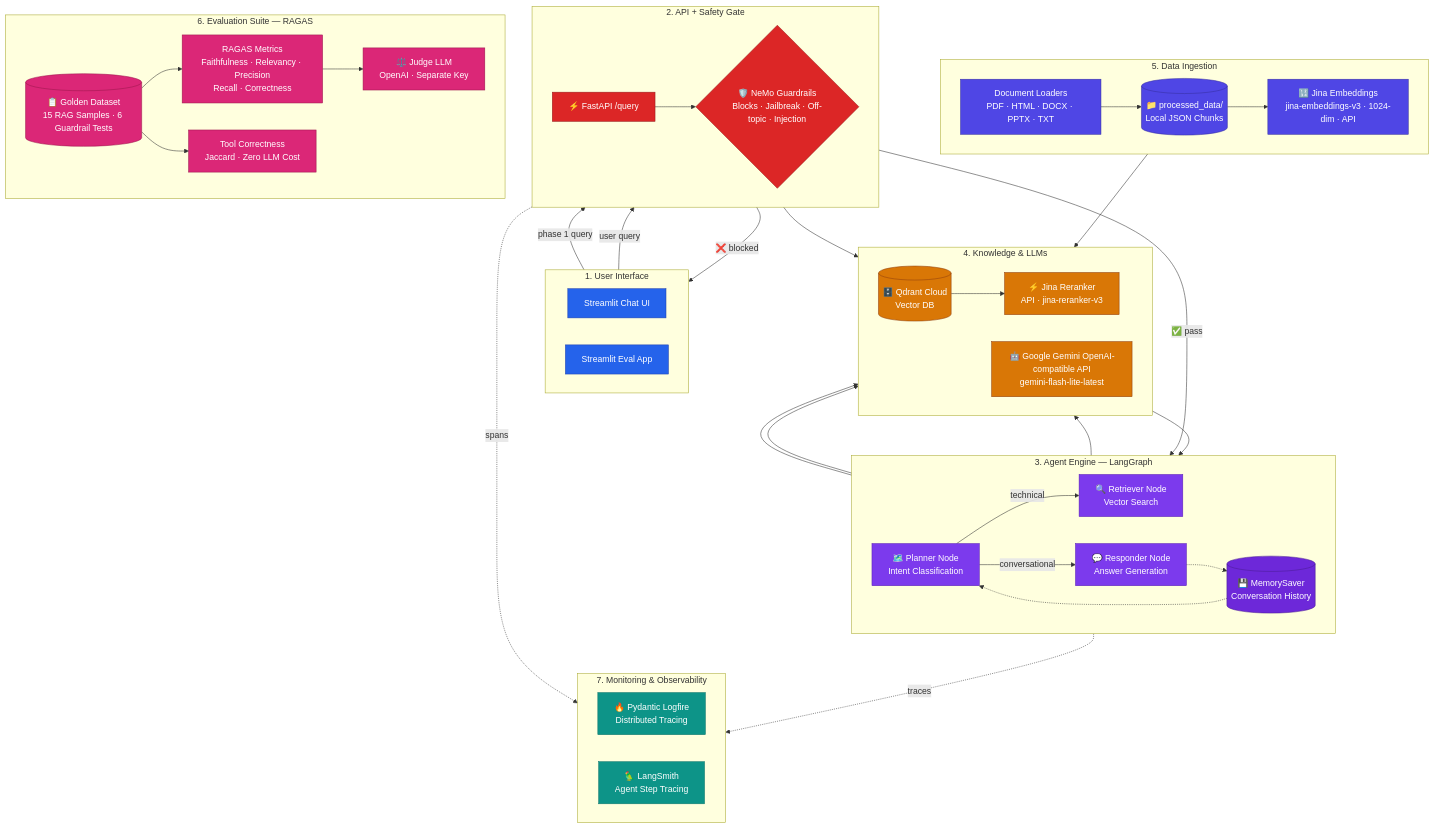
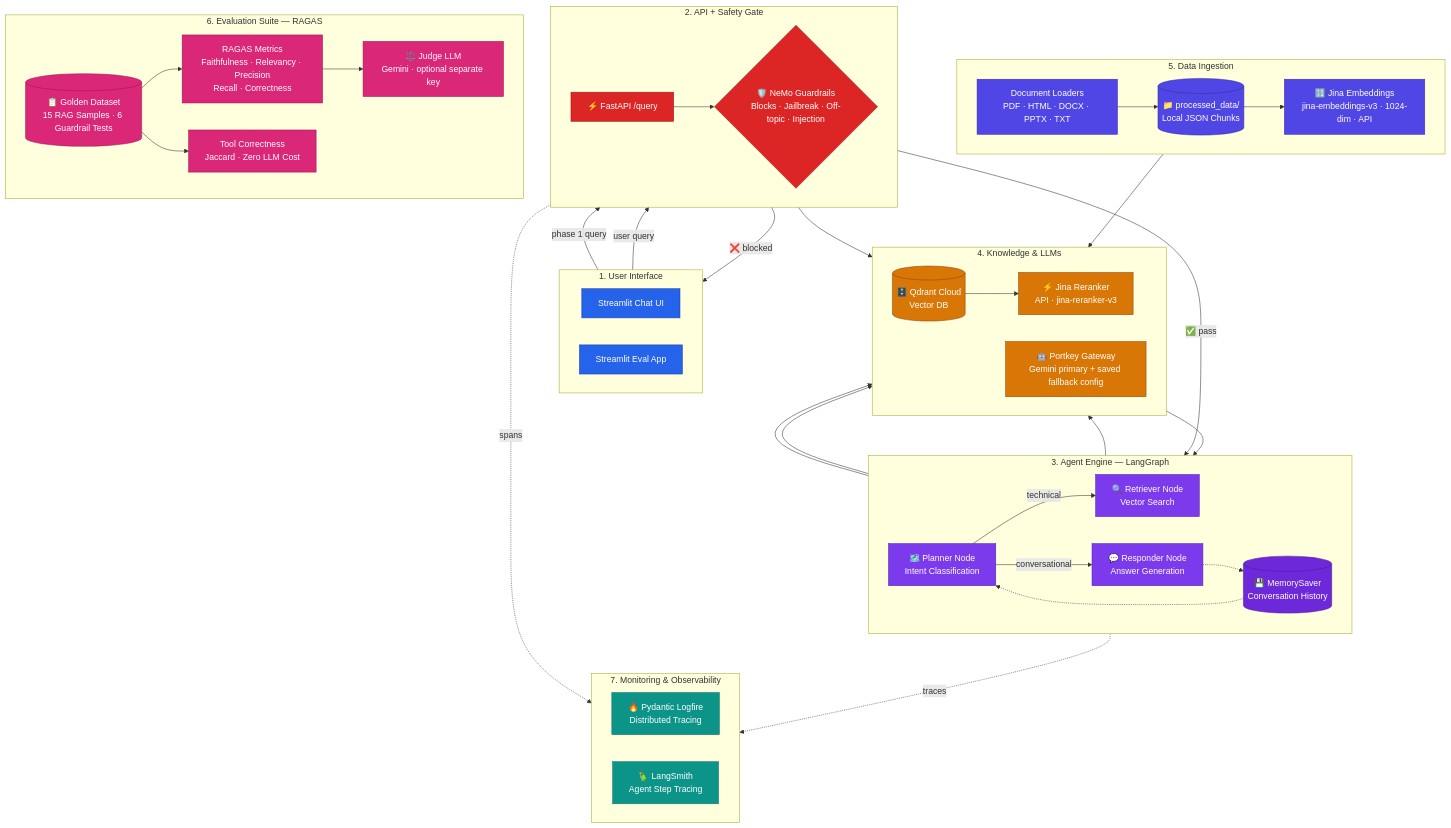
One commit to Bibek1008/Production-Grade-Scalable-Advance-RAG changed the second of 3 diagrams in ARCHITECTURE.md. Above: the diagram before and after it, drawn with Mermaid. The commit also changed other lines of this file and 31 other files, not shown here.

Commit message:
Integrate Portkey and Gemini RAGAS judge

```diff
--- a/ARCHITECTURE.md
+++ b/ARCHITECTURE.md
@@ -147,7 +147,7 @@
         direction LR
         QD[("🗄️ Qdrant Cloud\nVector DB")]
         FR["⚡ Jina Reranker\nAPI · jina-reranker-v3"]
-        GM["🤖 Google Gemini OpenAI-compatible API\ngemini-flash-lite-latest"]
+        GM["🤖 Portkey Gateway\nGemini primary + saved fallback config"]
     end
 
     subgraph INGEST ["5. Data Ingestion"]
@@ -162,7 +162,7 @@
         GD[("📋 Golden Dataset\n15 RAG Samples · 6 Guardrail Tests")]
         RAGAS["RAGAS Metrics\nFaithfulness · Relevancy · Precision\nRecall · Correctness"]
         TC["Tool Correctness\nJaccard · Zero LLM Cost"]
-        JG["⚖️ Judge LLM\nOpenAI · Separate Key"]
+        JG["⚖️ Judge LLM\nGemini · optional separate key"]
     end
 
     subgraph OBS ["7. Monitoring & Observability"]
```
